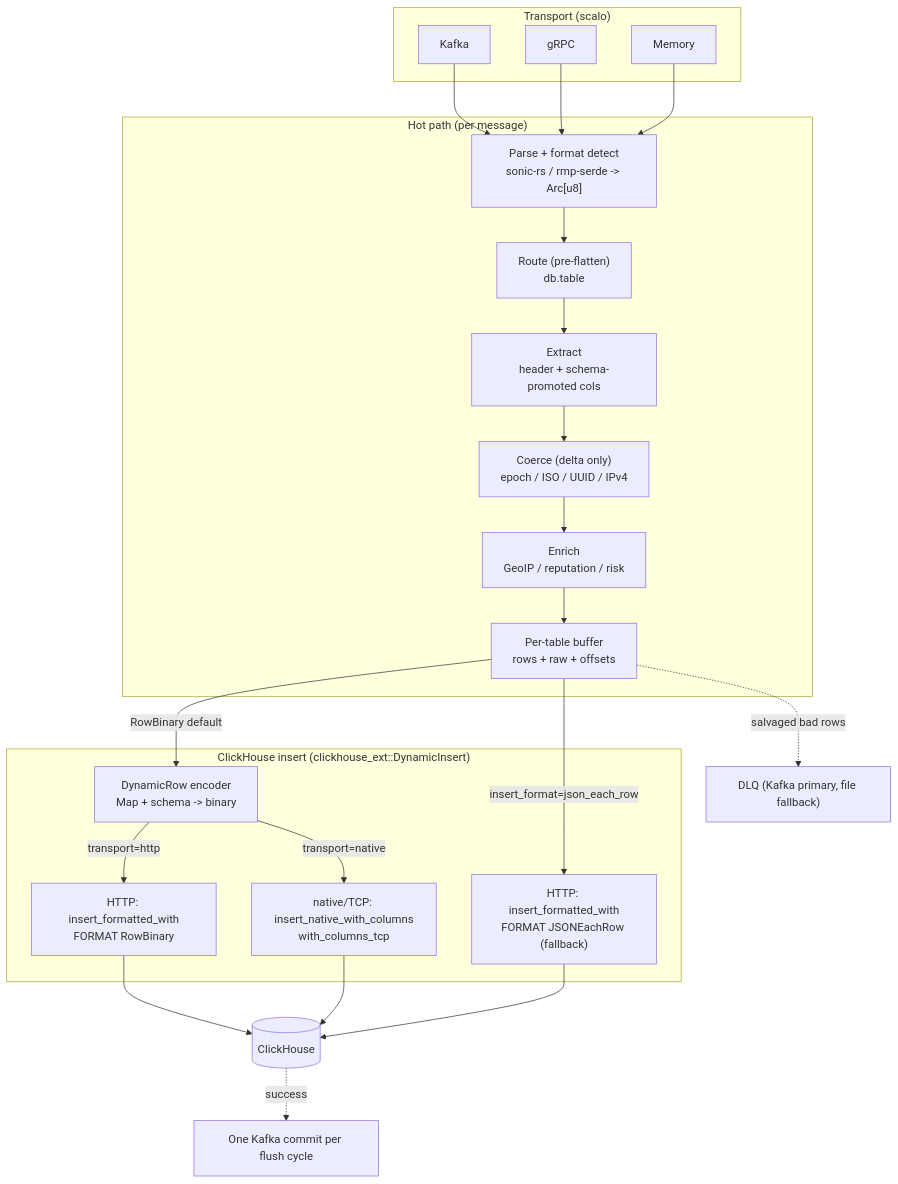
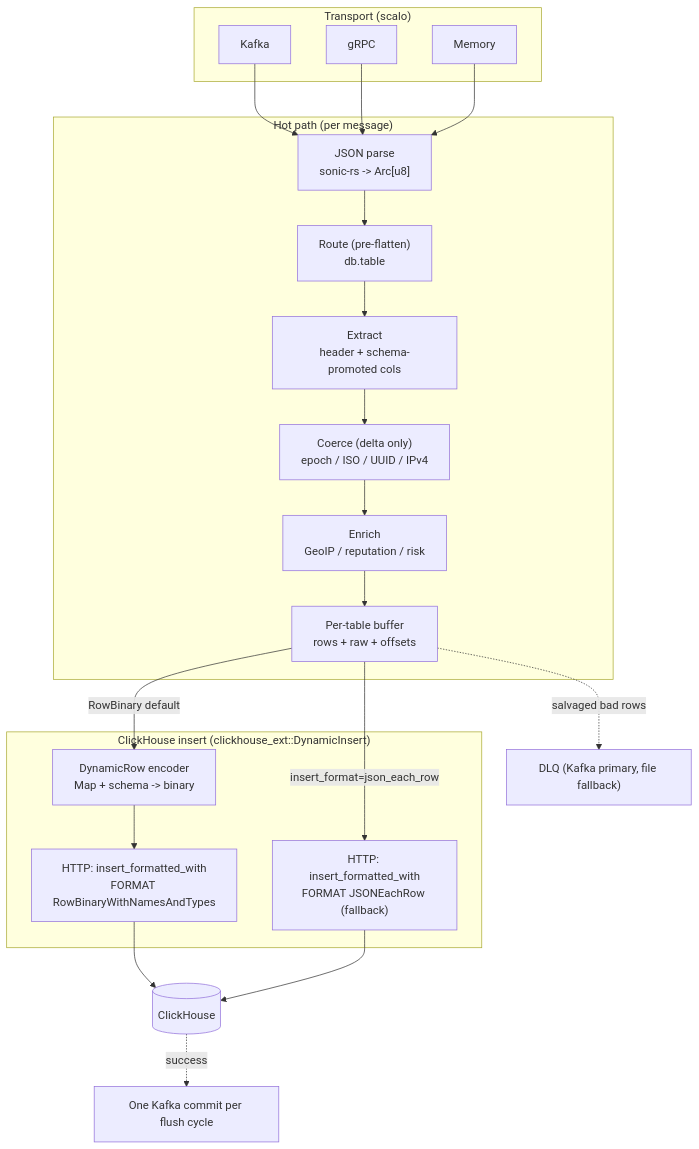
The diagram in docs/README.md (hyperi-io/dfe-loader), drawn with Mermaid before and after one commit. The commit also changed other lines of this file and 56 other files, not shown here.

````diff
--- a/docs/README.md
+++ b/docs/README.md
@@ -42,35 +42,33 @@
 ```mermaid
 flowchart TB
     subgraph Ingress["Transport (scalo)"]
         K["Kafka"]
         G["gRPC"]
         M["Memory"]
     end
 
     subgraph Hot["Hot path (per message)"]
-        P["Parse + format detect<br/>sonic-rs / rmp-serde -> Arc[u8]"]
+        P["JSON parse<br/>sonic-rs -> Arc[u8]"]
         R["Route (pre-flatten)<br/>db.table"]
         X["Extract<br/>header + schema-promoted cols"]
         C["Coerce (delta only)<br/>epoch / ISO / UUID / IPv4"]
         E["Enrich<br/>GeoIP / reputation / risk"]
         B["Per-table buffer<br/>rows + raw + offsets"]
     end
 
     subgraph Sink["ClickHouse insert (clickhouse_ext::DynamicInsert)"]
         CE["DynamicRow encoder<br/>Map + schema -> binary"]
-        HTTP["HTTP: insert_formatted_with<br/>FORMAT RowBinary"]
-        TCP["native/TCP: insert_native_with_columns<br/>with_columns_tcp"]
+        HTTP["HTTP: insert_formatted_with<br/>FORMAT RowBinaryWithNamesAndTypes"]
         JF["HTTP: insert_formatted_with<br/>FORMAT JSONEachRow (fallback)"]
     end
 
     CH[("ClickHouse")]
     DLQ["DLQ (Kafka primary, file fallback)"]
 
     K & G & M --> P --> R --> X --> C --> E --> B
     B -->|RowBinary default| CE
-    CE -->|transport=http| HTTP --> CH
-    CE -->|transport=native| TCP --> CH
+    CE --> HTTP --> CH
     B -->|insert_format=json_each_row| JF --> CH
     B -.salvaged bad rows.-> DLQ
     CH -.success.-> Commit["One Kafka commit per flush cycle"]
 ```
````
